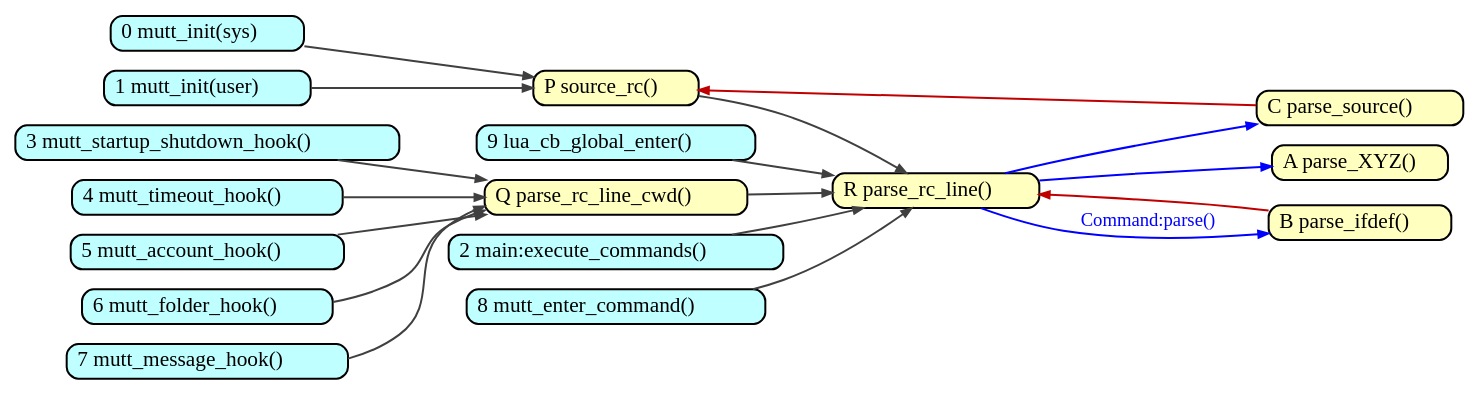
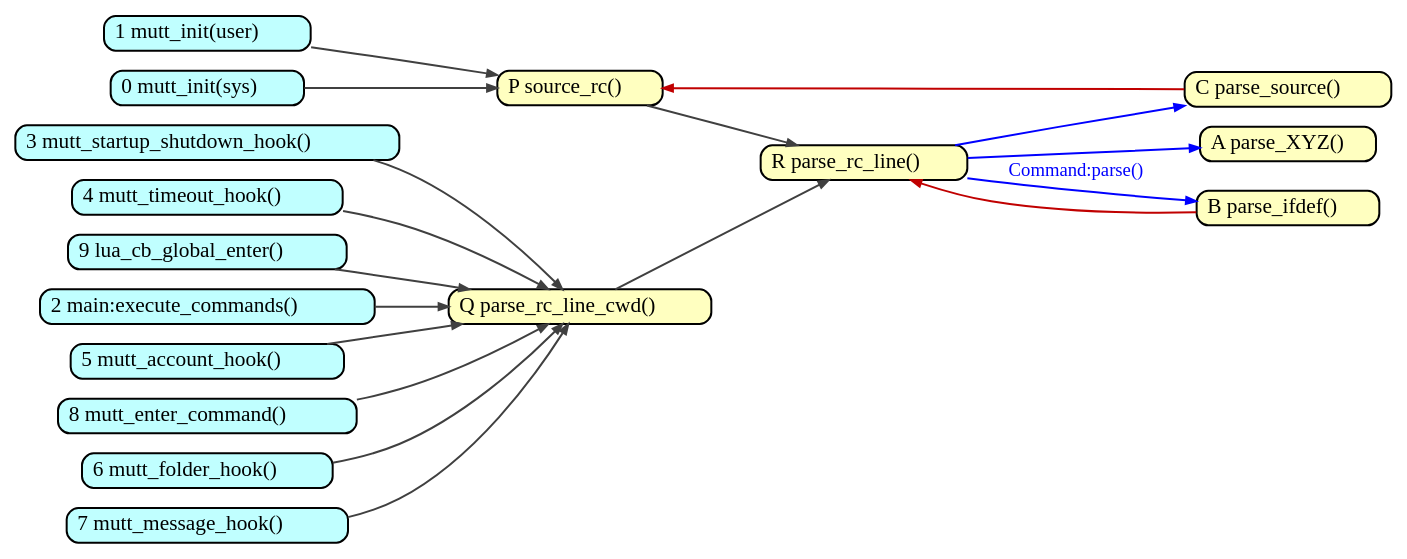
The diagram in commands/parse.gv (neomutt/flatcap-brain-dump), drawn with Graphviz before and after one commit. The commit also changed 3 other files, not shown here.

```diff
--- a/commands/parse.gv
+++ b/commands/parse.gv
@@ -1,73 +1,73 @@
 digraph callgraph {
 	graph [
 		rankdir="LR"
 		nodesep="0.2"
 		ranksep="0.5"
 		compound="true"
 	]
 
 	node [
 		shape="Mrecord"
 		fontsize="16"
 		fillcolor="#ffffff"
 		style="filled"
 		height="0.2"
 		penwidth="1.5"
 		color="black"
 	]
 
 	edge [
 		penwidth="1.5"
 		arrowsize="0.75"
 		color="#404040"
 	]
 
 	// External functions
 	node [ fillcolor="#c0ffff" ]
 	lua_cb_global_enter        [ label=<9 lua_cb_global_enter()>        ]
 	main_execute_commands      [ label=<2 main:execute_commands()>      ]
 	mutt_account_hook          [ label=<5 mutt_account_hook()>          ]
 	mutt_enter_command         [ label=<8 mutt_enter_command()>         ]
 	mutt_folder_hook           [ label=<6 mutt_folder_hook()>           ]
 	mutt_init_user             [ label=<1 mutt_init(user)>              ]
 	mutt_init_sys              [ label=<0 mutt_init(sys)>               ]
 	mutt_message_hook          [ label=<7 mutt_message_hook()>          ]
 	mutt_startup_shutdown_hook [ label=<3 mutt_startup_shutdown_hook()> ]
 	mutt_timeout_hook          [ label=<4 mutt_timeout_hook()>          ]
 
-	{ rank=same mutt_account_hook mutt_folder_hook mutt_message_hook mutt_startup_shutdown_hook mutt_timeout_hook mutt_init_sys mutt_init_user }
+	{ rank=same mutt_account_hook mutt_folder_hook mutt_message_hook mutt_startup_shutdown_hook mutt_timeout_hook mutt_init_sys mutt_init_user lua_cb_global_enter main_execute_commands mutt_enter_command }
 
 	// Parts of Parse System
 	node [ fillcolor="#ffffc0" ]
 	source_rc             [ label=<P source_rc()>             ]
 	parse_rc_line_cwd     [ label=<Q parse_rc_line_cwd()>     ]
 	parse_rc_line         [ label=<R parse_rc_line()>         ]
 
 	parse_XYZ             [ label=<A parse_XYZ()>             ]
 	parse_ifdef           [ label=<B parse_ifdef()>           ]
 	parse_source          [ label=<C parse_source()>          ]
 
-	{ rank=same lua_cb_global_enter main_execute_commands mutt_enter_command parse_rc_line_cwd source_rc }
+	{ rank=same parse_rc_line_cwd source_rc }
 
 	mutt_init_sys  -> source_rc
 	mutt_init_user -> source_rc
 	parse_source   -> source_rc [ color="#c00000" ]
 
-	lua_cb_global_enter   -> parse_rc_line
-	main_execute_commands -> parse_rc_line
-	mutt_enter_command    -> parse_rc_line
+	lua_cb_global_enter   -> parse_rc_line_cwd
+	main_execute_commands -> parse_rc_line_cwd
+	mutt_enter_command    -> parse_rc_line_cwd
 	parse_ifdef           -> parse_rc_line [ color="#c00000" ]
 	parse_rc_line_cwd     -> parse_rc_line
 	source_rc             -> parse_rc_line
 
 	parse_rc_line -> parse_ifdef  [ color="#0000ff" label="Command:parse()" fontcolor="#0000ff" ]
 	parse_rc_line -> parse_XYZ    [ color="#0000ff" ]
 	parse_rc_line -> parse_source [ color="#0000ff" ]
 
 	mutt_account_hook          -> parse_rc_line_cwd
 	mutt_folder_hook           -> parse_rc_line_cwd
 	mutt_message_hook          -> parse_rc_line_cwd
 	mutt_startup_shutdown_hook -> parse_rc_line_cwd
 	mutt_timeout_hook          -> parse_rc_line_cwd
 
 }
```
